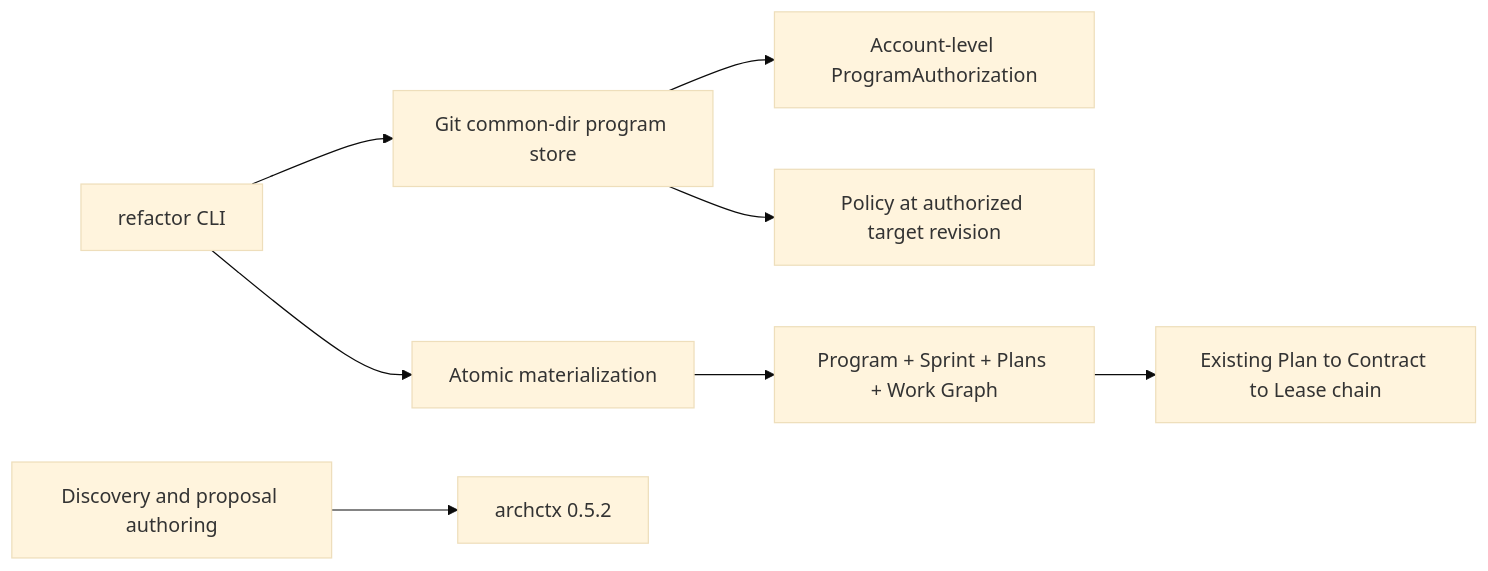
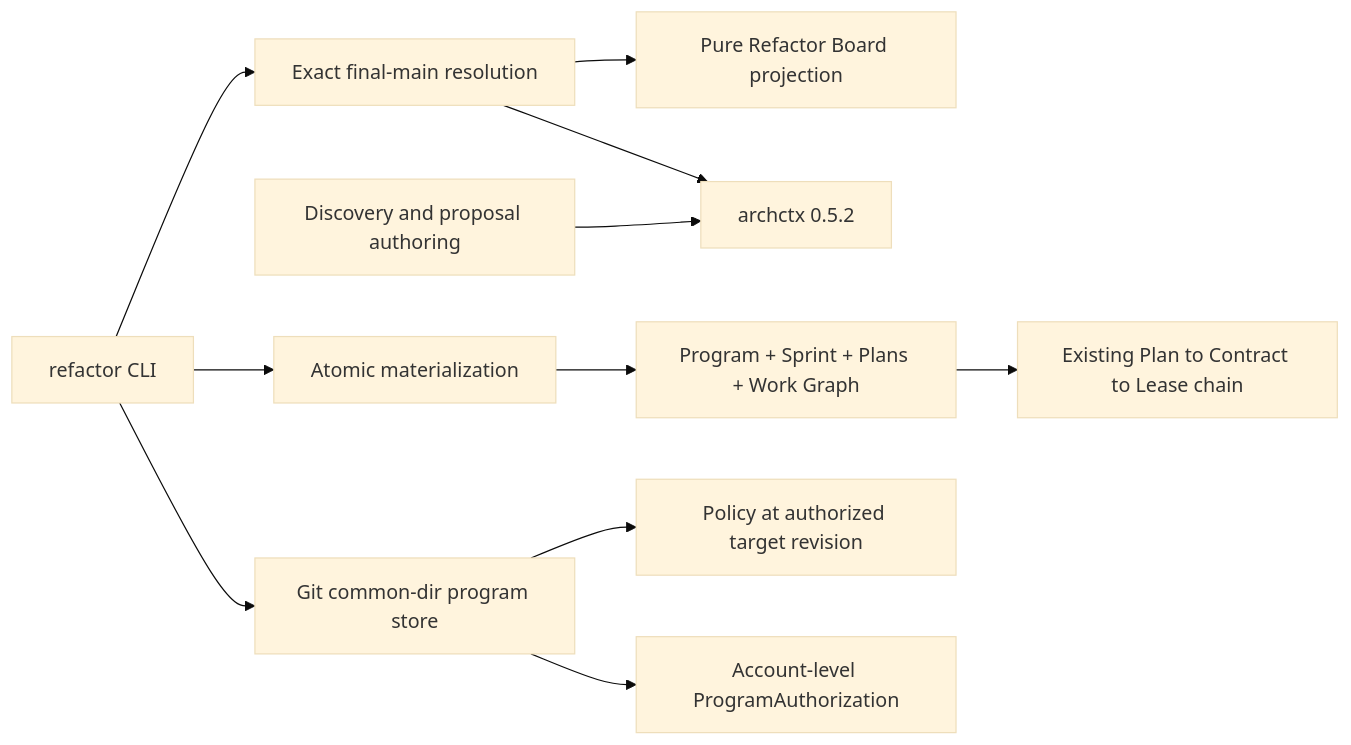
One commit to Ancienttwo/repo-harness changed the first of 2 diagrams in docs/architecture/modules/runtime-harness/refactor-program.md. Above: the diagram before and after it, drawn with Mermaid (base theme). The commit also changed other lines of this file and 17 other files, not shown here.

````diff
--- a/docs/architecture/modules/runtime-harness/refactor-program.md
+++ b/docs/architecture/modules/runtime-harness/refactor-program.md
@@ -55,10 +63,13 @@
 ```mermaid
 flowchart LR
   CLI[refactor CLI] --> Store[Git common-dir program store]
   Store --> Grant[Account-level ProgramAuthorization]
   Store --> Policy[Policy at authorized target revision]
   Discovery[Discovery and proposal authoring] --> ArchContext[archctx 0.5.2]
   CLI --> Materializer[Atomic materialization]
   Materializer --> Git[Program + Sprint + Plans + Work Graph]
   Git --> Contract[Existing Plan to Contract to Lease chain]
+  CLI --> Resolution[Exact final-main resolution]
+  Resolution --> ArchContext
+  Resolution --> Board[Pure Refactor Board projection]
 ```
````
